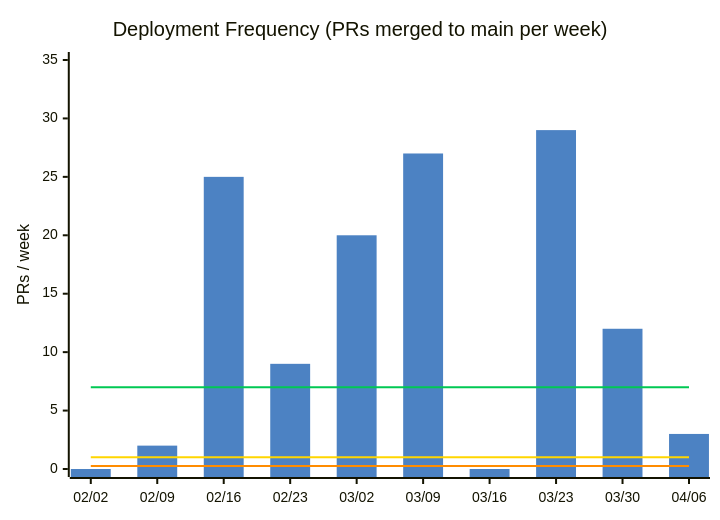
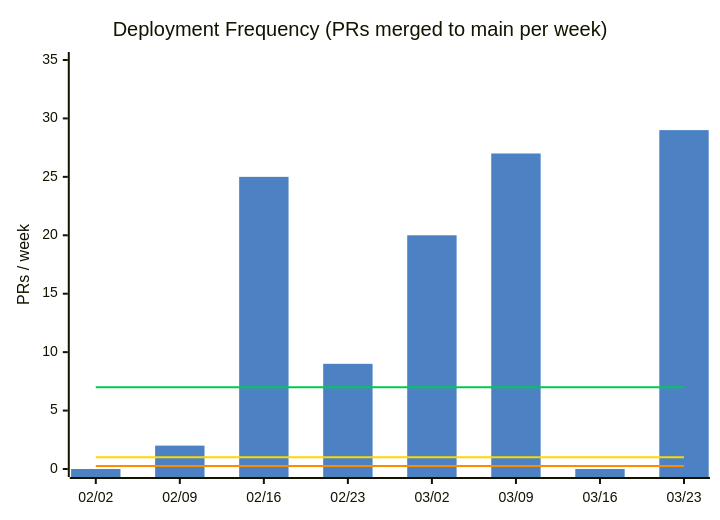
One commit to nablarch/nabledge-dev changed the first of 14 diagrams in docs/metrics.md. Above: the diagram before and after it, drawn with Mermaid. The commit also changed other lines of this file and 1 other file, not shown here.

````diff
--- a/docs/metrics.md
+++ b/docs/metrics.md
@@ -37,11 +37,11 @@
 ```mermaid
 %%{init: {'theme': 'base', 'themeVariables': {'xyChart': {'plotColorPalette': '#4C82C3,#00C853,#FFD600,#FF8C00'}}}}%%
 xychart-beta
   title "Deployment Frequency (PRs merged to main per week)"
-  x-axis ["02/02", "02/09", "02/16", "02/23", "03/02", "03/09", "03/16", "03/23", "03/30", "04/06"]
+  x-axis ["02/02", "02/09", "02/16", "02/23", "03/02", "03/09", "03/16", "03/23"]
   y-axis "PRs / week" 0 --> 35
-  bar [0, 2, 25, 9, 20, 27, 0, 29, 12, 3]
-  line [7, 7, 7, 7, 7, 7, 7, 7, 7, 7]
-  line [1, 1, 1, 1, 1, 1, 1, 1, 1, 1]
-  line [0.25, 0.25, 0.25, 0.25, 0.25, 0.25, 0.25, 0.25, 0.25, 0.25]
+  bar [0, 2, 25, 9, 20, 27, 0, 29]
+  line [7, 7, 7, 7, 7, 7, 7, 7]
+  line [1, 1, 1, 1, 1, 1, 1, 1]
+  line [0.25, 0.25, 0.25, 0.25, 0.25, 0.25, 0.25, 0.25]
 ```
````
